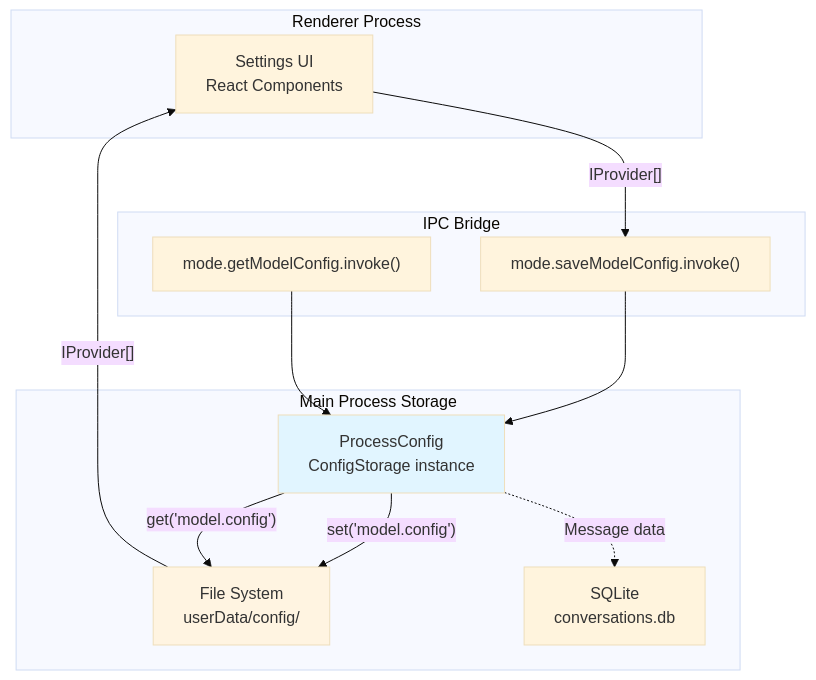
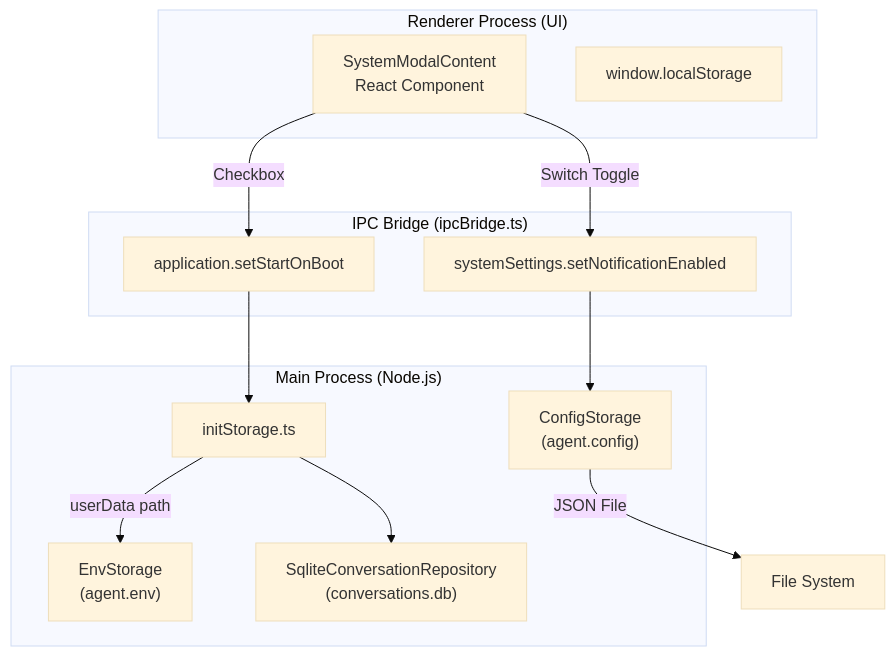
One commit to blackcater/zentree changed the first of 2 diagrams in docs/iOfficeAI_AionUi/configuration-and-persistence/index.md. Above: the diagram before and after it, drawn with Mermaid (base theme). The commit also changed other lines of this file and 232 other files, not shown here.

````diff
--- a/docs/iOfficeAI_AionUi/configuration-and-persistence/index.md
+++ b/docs/iOfficeAI_AionUi/configuration-and-persistence/index.md
@@ -52,30 +66,28 @@
 ```mermaid
 graph TB
-    subgraph "Renderer Process"
-        UI["Settings UI<br/>React Components"]
+    subgraph "Renderer Process (UI)"
+        UI["SystemModalContent<br/>React Component"]
+        LS["window.localStorage"]
     end
-
-    subgraph "IPC Bridge"
-        SaveConfig["mode.saveModelConfig.invoke()"]
-        GetConfig["mode.getModelConfig.invoke()"]
+    
+    subgraph "IPC Bridge (ipcBridge.ts)"
+        SysSet["systemSettings.setNotificationEnabled"]
+        AppSet["application.setStartOnBoot"]
     end
-
-    subgraph "Main Process Storage"
-        ProcessConfig["ProcessConfig<br/>ConfigStorage instance"]
-        FileSystem["File System<br/>userData/config/"]
-        Database["SQLite<br/>conversations.db"]
+    
+    subgraph "Main Process (Node.js)"
+        Init["initStorage.ts"]
+        Config["ConfigStorage<br/>(agent.config)"]
+        Env["EnvStorage<br/>(agent.env)"]
+        DB["SqliteConversationRepository<br/>(conversations.db)"]
     end
-
-    UI -->|"IProvider[]"| SaveConfig
-    SaveConfig --> ProcessConfig
-    ProcessConfig -->|"set('model.config')"| FileSystem
-
-    GetConfig --> ProcessConfig
-    ProcessConfig -->|"get('model.config')"| FileSystem
-    FileSystem -->|"IProvider[]"| UI
-
-    ProcessConfig -.->|"Message data"| Database
-
-    style ProcessConfig fill:#e1f5ff
-    style FileSystem fill:#fff4e1
+    
+    UI -->|"Switch Toggle"| SysSet
+    UI -->|"Checkbox"| AppSet
+    SysSet --> Config
+    AppSet --> Init
+    
+    Init -->|"userData path"| Env
+    Init --> DB
+    Config -->|"JSON File"| FS["File System"]
 ```
````
